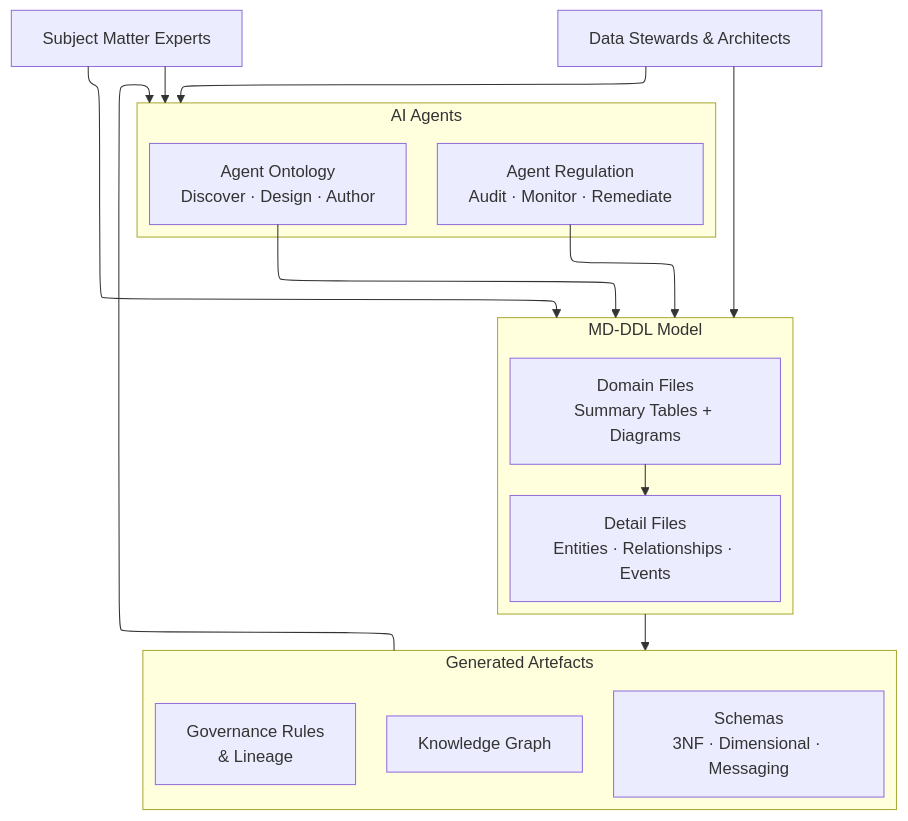
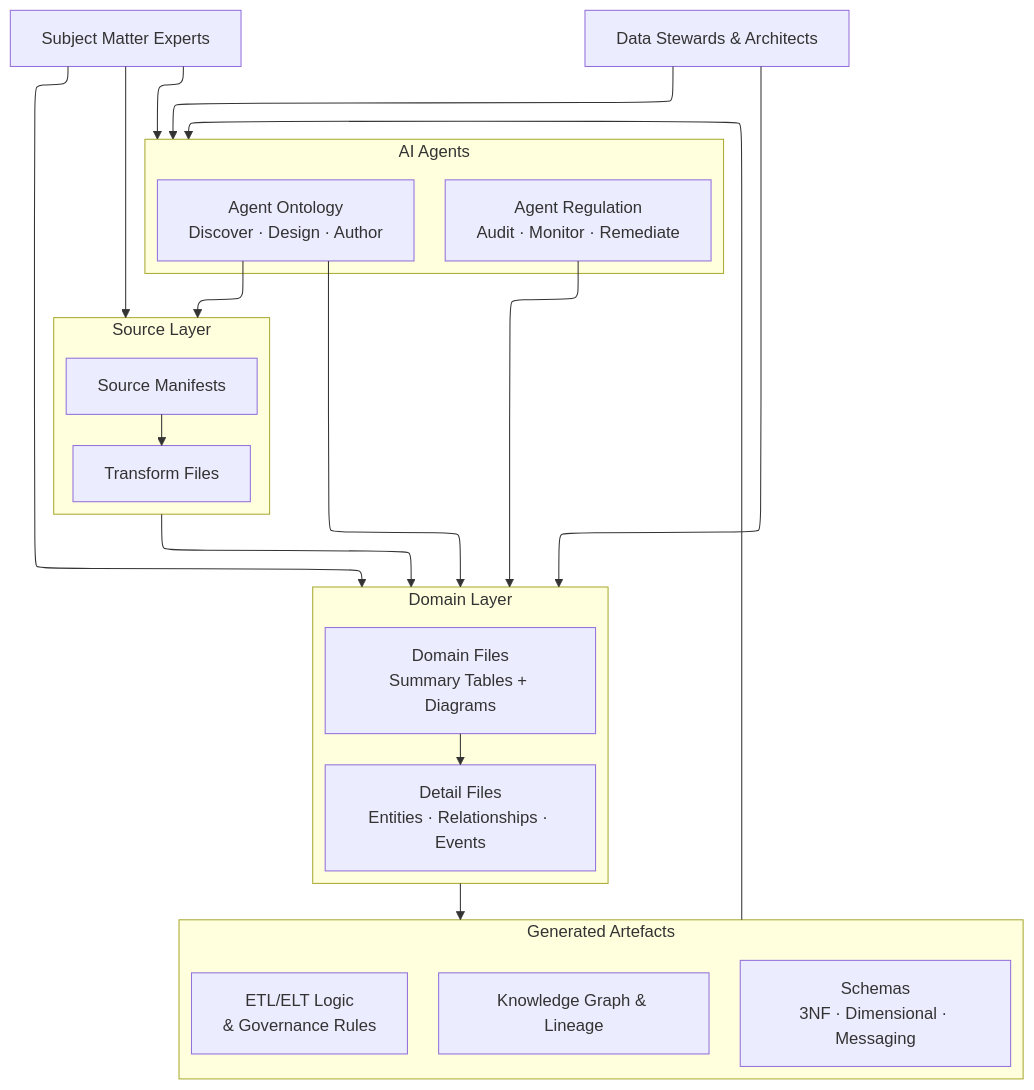
One commit to Semprini/md-ddl changed the diagram in README.md. Above: the diagram before and after it, drawn with Mermaid. The commit also changed other lines of this file and 7 other files, not shown here.

First line of the commit message:
Add MD-DDL Specification Sections for Sources and Transformations

````diff
--- a/README.md
+++ b/README.md
@@ -23,35 +15,44 @@
 ```mermaid
 ---
 config:
   layout: elk
 ---
 flowchart TD
     SME[Subject Matter Experts]
     Stewards[Data Stewards & Architects]
 
-    subgraph Model["MD-DDL Model"]
+    subgraph Sources["Source Layer"]
+        SM[Source Manifests]
+        TF[Transform Files]
+        SM --> TF
+    end
+
+    subgraph Model["Domain Layer"]
         D[Domain Files<br/>Summary Tables + Diagrams]
         E[Detail Files<br/>Entities · Relationships · Events]
         D --> E
     end
 
     subgraph Agents["AI Agents"]
         AO["Agent Ontology<br/>Discover · Design · Author"]
         AR["Agent Regulation<br/>Audit · Monitor · Remediate"]
     end
 
     subgraph Outputs["Generated Artefacts"]
-        KG[Knowledge Graph]
+        KG[Knowledge Graph & Lineage]
         SC[Schemas<br/>3NF · Dimensional · Messaging]
-        GV[Governance Rules<br/>& Lineage]
+        GV[ETL/ELT Logic<br/>& Governance Rules]
     end
 
+    Sources --> Model
     Model --> Outputs
     AO --> Model
+    AO --> Sources
     AR --> Model
     SME --> Agents
     SME --> Model
+    SME --> Sources
     Stewards --> Agents
     Stewards --> Model
     Outputs --> Agents
 ```
````
